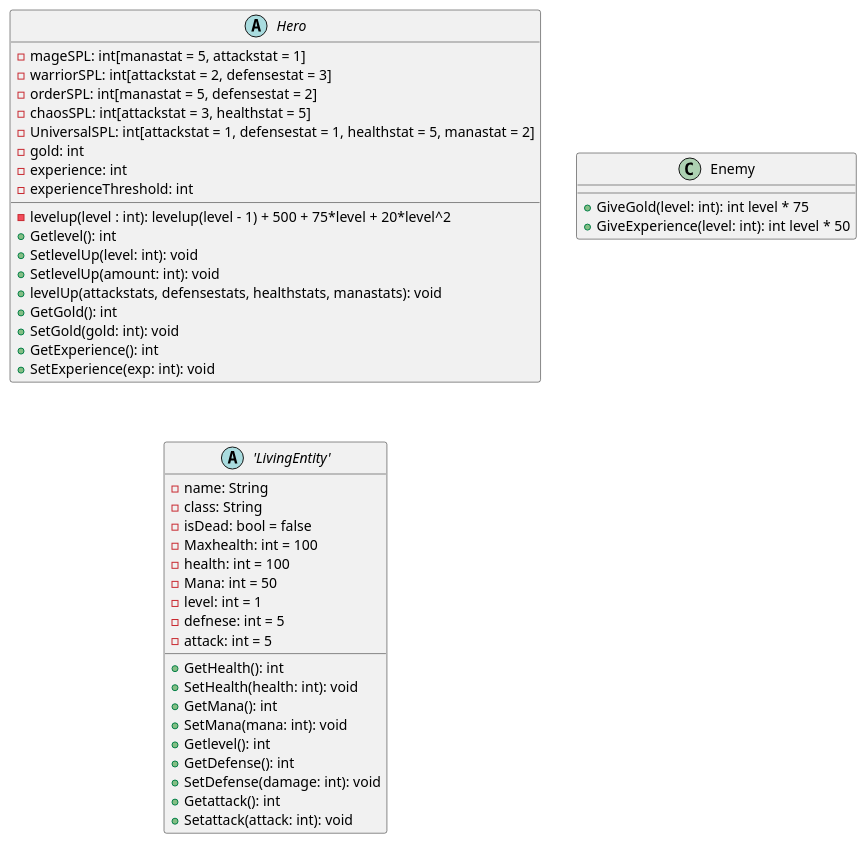
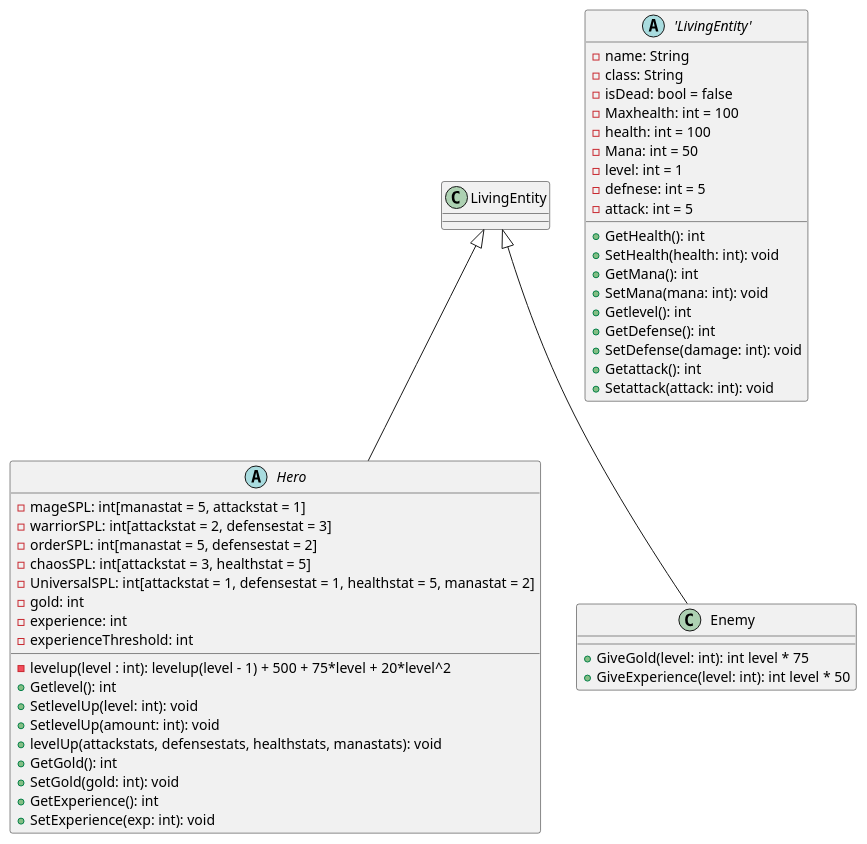
One commit to JosefG50/2203-Legends-of-Sword-and-Wand changed the diagram in rpg-legends/docs/uml/HeroStats.plantuml. Above: the diagram before and after it, drawn with PlantUML.

Commit message:
refactor(uml): update Hero to abstract and link LivingEntity inheritance

```diff
--- a/rpg-legends/docs/uml/HeroStats.plantuml
+++ b/rpg-legends/docs/uml/HeroStats.plantuml
@@ -1,84 +1,86 @@
 @startuml
 'add abstract class enetity'
 'Make a abstract class for entity builds'
 abstract class Hero {   
     - mageSPL: int[manastat = 5, attackstat = 1]
     - warriorSPL: int[attackstat = 2, defensestat = 3]
     - orderSPL: int[manastat = 5, defensestat = 2]
     - chaosSPL: int[attackstat = 3, healthstat = 5]
     'Uniervsal Stats per level gives points before the class bonus is applied per level up'
     - UniversalSPL: int[attackstat = 1, defensestat = 1, healthstat = 5, manastat = 2]
     'Add class Abstract class with all classes'
     'add -levels for each class'
     - gold: int
     - experience: int
     'add to check if enough experience to level up'
     - levelup(level : int): levelup(level - 1) + 500 + 75*level + 20*level^2
     - experienceThreshold: int
     '-spells: List[Spells]'
     + Getlevel(): int
     + SetlevelUp(level: int): void
     + SetlevelUp(amount: int): void 
     'Change to levelUp():void' that increases level by 1'
     + levelUp(attackstats, defensestats, healthstats, manastats): void
     + GetGold(): int
     + SetGold(gold: int): void 
     + GetExperience(): int
     + SetExperience(exp: int): void
 }
 
 
 
 class Enemy {
     '1 to 5 enemies'
     'level from 1 to 10'
     'the actual level of the enemy party is determined by the culmative level of the hero party'
     'if hero party has a culmative level of 5 the enemy party will have a culmative level of 5-0'
     'or hero culmative stats - 10 would be the enemies minimum and the hero culmative level would be the maximum'
     'The maximum level of a full enemy party culmative level is 50'
     'The enemy party level is divided equally among the enemies in the party'
     'There is a chance for the enemy to pick a class so the enemy can have stats to that specific class'
     'but usually the stats will be evenly distributed among all stats'
     'G(L) = 75*L that is the gold given to hero on defeat'
     + GiveGold(level: int): int level * 75
     'Exp(L)=50*L that is the experience given to hero on defeat'
     + GiveExperience(level: int): int level * 50
 }
 
 abstract class 'LivingEntity'
 {
     - name: String
     - class: String
     - isDead: bool = false   
     - Maxhealth: int = 100
     - health: int = 100
     - Mana: int = 50
     - level: int = 1
     - defnese: int = 5
     - attack: int = 5
     + GetHealth(): int
     + SetHealth(health: int): void
     + GetMana(): int
     + SetMana(mana: int): void
     + Getlevel(): int
     + GetDefense(): int
     + SetDefense(damage: int): void
     + Getattack(): int
     + Setattack(attack: int): void
 }
 
+LivingEntity <|-- Hero
+LivingEntity <|-- Enemy
 'Order'  +5 Mana
 'Order'  +2 Defense
 'Order'  Heals/Shields
 'Chaos'  +3 Attack
 'Chaos'  +5 HP
 'Chaos'  Fireball/Lightning
 'Warrior'  +2 Attack
 'Warrior'  +3 Defense
 'Warrior'  Cleave/PHYSICAL
 'Mage'  +5 Mana
 'Mage'  +1 Attack
 'Mage'  Mana Replenish
 
 
 @enduml
```
